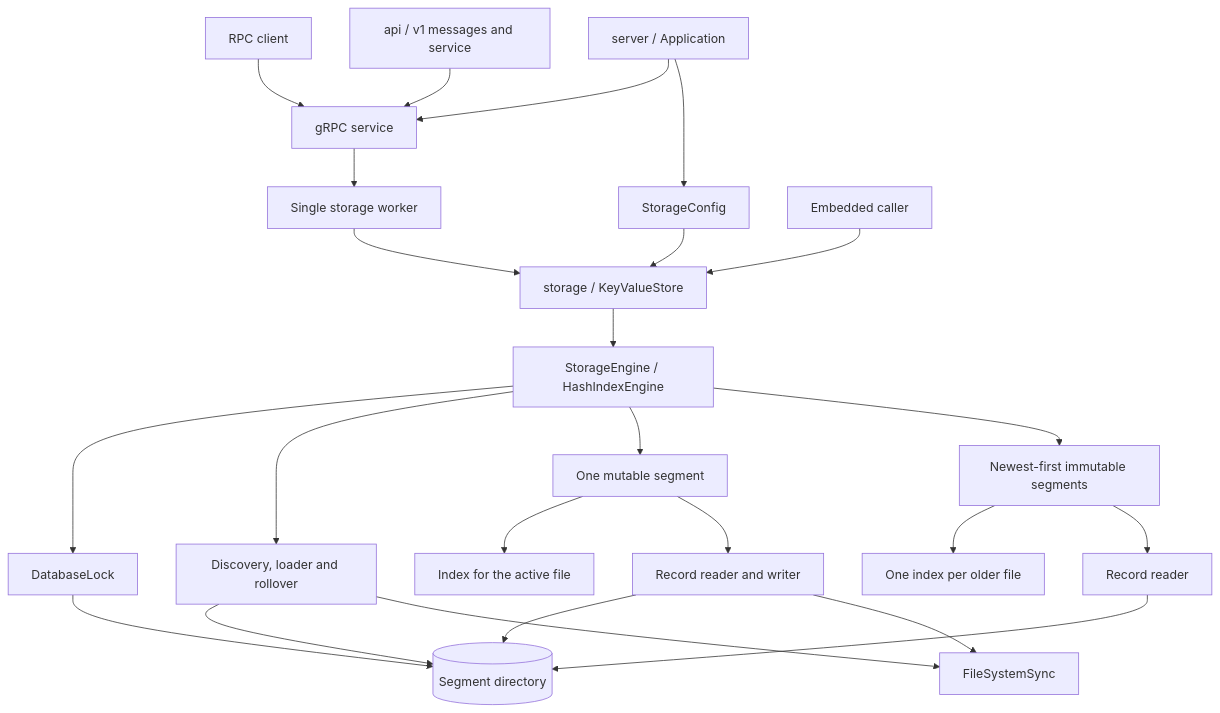
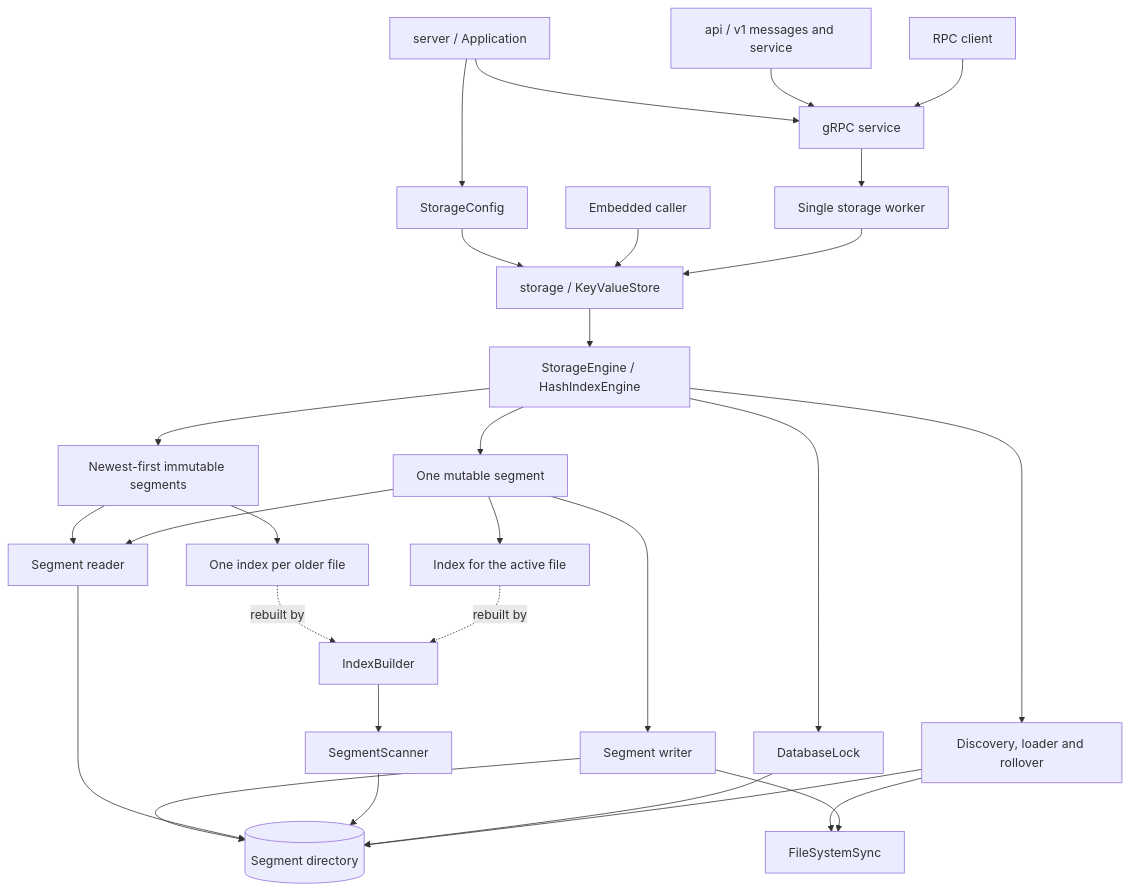
Before and after one commit to ryszardzmija/shaledb: the first of 3 diagrams in docs/architecture.md, drawn with Mermaid. The commit also changed other lines of this file and 25 other files, not shown here.

````diff
--- a/docs/architecture.md
+++ b/docs/architecture.md
@@ -7,26 +7,31 @@
 ```mermaid
 flowchart TD
     Client[RPC client] --> Grpc[gRPC service]
     Proto[api / v1 messages and service] --> Grpc
     App[server / Application] --> Grpc
     App --> Config[StorageConfig]
     Grpc --> Worker[Single storage worker]
     Worker --> Facade[storage / KeyValueStore]
     Embedded[Embedded caller] --> Facade
     Config --> Facade
     Facade --> Engine[StorageEngine / HashIndexEngine]
     Engine --> Lock[DatabaseLock]
     Engine --> Layout[Discovery, loader and rollover]
     Engine --> Active[One mutable segment]
     Engine --> Older[Newest-first immutable segments]
     Layout --> Files[(Segment directory)]
     Lock --> Files
     Active --> ActiveIndex[Index for the active file]
     Older --> OldIndexes[One index per older file]
-    Active --> Codec[Record reader and writer]
-    Older --> Reader[Record reader]
-    Codec --> Files
+    Active --> Reader[Segment reader]
+    Older --> Reader
+    Active --> Writer[Segment writer]
+    ActiveIndex -. rebuilt by .-> Replay[IndexBuilder]
+    OldIndexes -. rebuilt by .-> Replay
+    Replay --> Scan[SegmentScanner]
+    Scan --> Files
     Reader --> Files
-    Codec --> Force[FileSystemSync]
+    Writer --> Files
+    Writer --> Force[FileSystemSync]
     Layout --> Force
 ```
````
